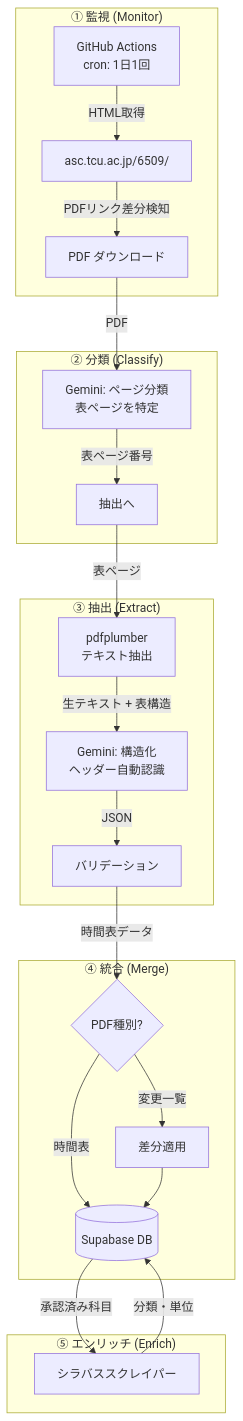
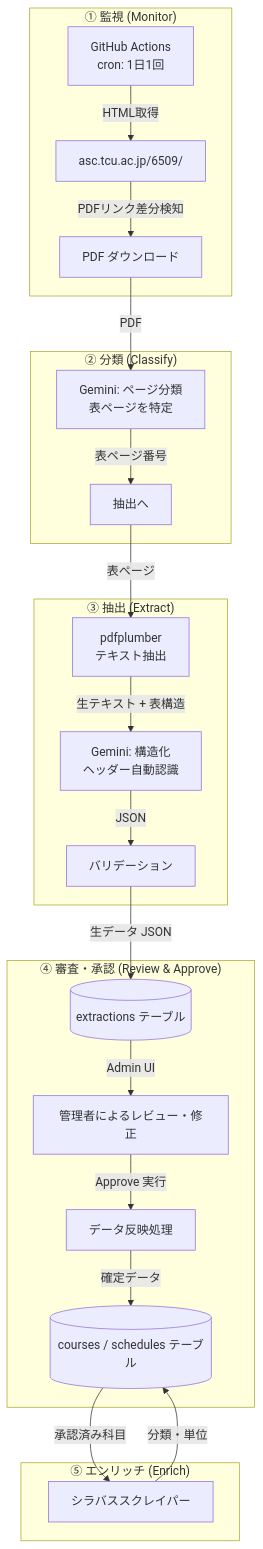
The first of 2 diagrams in Docs/01_data_pipeline.md (nahcaru/tcu-time), drawn with Mermaid before and after one commit. The commit also changed other lines of this file and 38 other files, not shown here.

````diff
--- a/Docs/01_data_pipeline.md
+++ b/Docs/01_data_pipeline.md
@@ -7,30 +7,30 @@
 ```mermaid
 graph TD
     subgraph "① 監視 (Monitor)"
         M[GitHub Actions<br/>cron: 1日1回] -->|HTML取得| W["asc.tcu.ac.jp/6509/"]
         W -->|PDFリンク差分検知| DL[PDF ダウンロード]
     end
 
     subgraph "② 分類 (Classify)"
         DL -->|PDF| CL[Gemini: ページ分類<br/>表ページを特定]
         CL -->|表ページ番号| EX[抽出へ]
     end
 
     subgraph "③ 抽出 (Extract)"
         EX -->|表ページ| PB[pdfplumber<br/>テキスト抽出]
         PB -->|生テキスト + 表構造| LLM[Gemini: 構造化<br/>ヘッダー自動認識]
         LLM -->|JSON| V[バリデーション]
     end
 
-    subgraph "④ 統合 (Merge)"
-        V -->|時間表データ| MG{PDF種別?}
-        MG -->|時間表| DB[(Supabase DB)]
-        MG -->|変更一覧| DIFF[差分適用]
-        DIFF --> DB
+    subgraph "④ 審査・承認 (Review & Approve)"
+        V -->|生データ JSON| DB_E[(extractions テーブル)]
+        DB_E -->|Admin UI| REV[管理者によるレビュー・修正]
+        REV -->|Approve 実行| APR[データ反映処理]
+        APR -->|確定データ| DB_C[(courses / schedules テーブル)]
     end
 
     subgraph "⑤ エンリッチ (Enrich)"
-        DB -->|承認済み科目| SC[シラバススクレイパー]
-        SC -->|分類・単位| DB
+        DB_C -->|承認済み科目| SC[シラバススクレイパー]
+        SC -->|分類・単位| DB_C
     end
 ```
````
